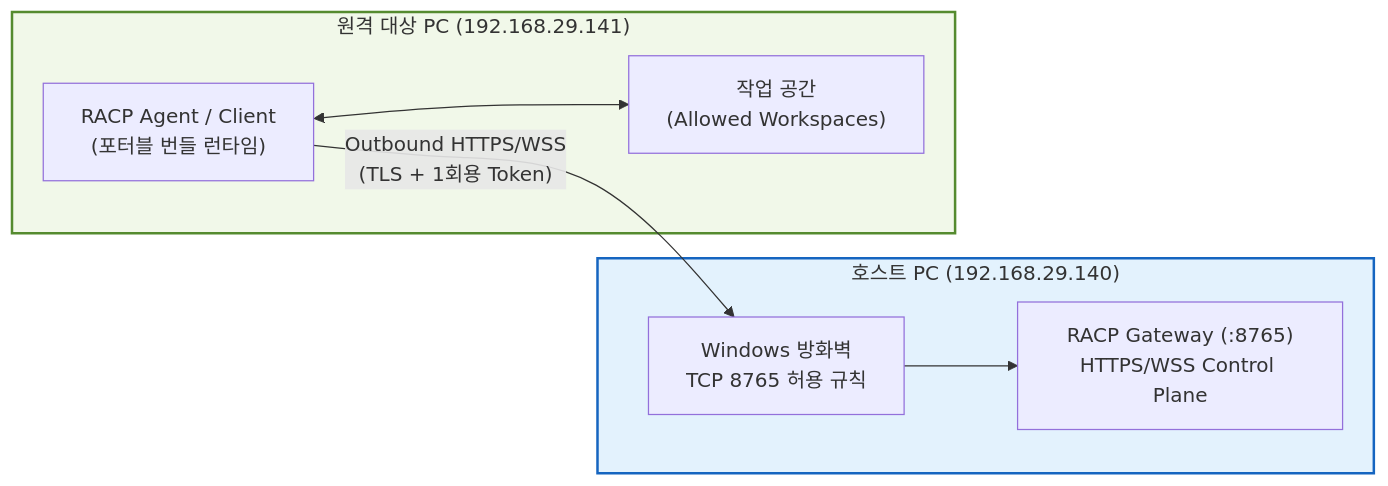
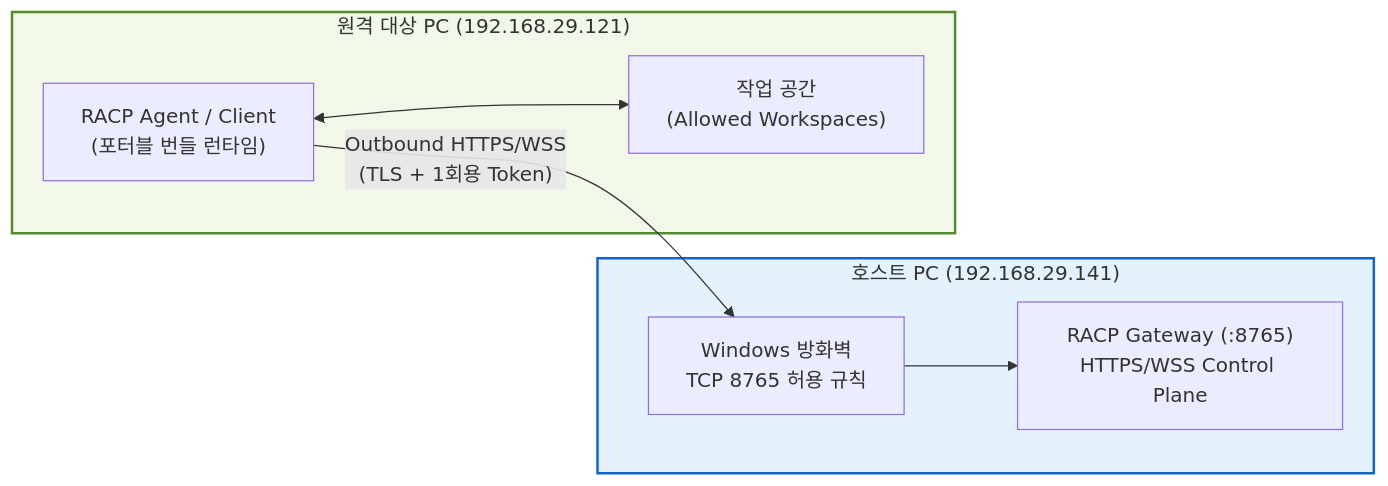
The diagram in docs/guides/two-pc-lab-guide.md (tlsdbcjs/Remote-Desktop-Commander), drawn with Mermaid before and after one commit. The commit also changed other lines of this file and 241 other files, not shown here.

````diff
--- a/docs/guides/two-pc-lab-guide.md
+++ b/docs/guides/two-pc-lab-guide.md
@@ -28,21 +31,21 @@
 ```mermaid
 flowchart LR
-    subgraph HostPC ["호스트 PC (192.168.29.140)"]
+    subgraph HostPC ["호스트 PC (192.168.29.141)"]
         GW["RACP Gateway (:8765)<br/>HTTPS/WSS Control Plane"]
         FW["Windows 방화벽<br/>TCP 8765 허용 규칙"]
         FW --> GW
     end
 
-    subgraph RemotePC ["원격 대상 PC (192.168.29.141)"]
+    subgraph RemotePC ["원격 대상 PC (192.168.29.121)"]
         Agent["RACP Agent / Client<br/>(포터블 번들 런타임)"]
         Work["작업 공간<br/>(Allowed Workspaces)"]
         Agent <--> Work
     end
 
     Agent -->|"Outbound HTTPS/WSS<br/>(TLS + 1회용 Token)"| FW
 
     classDef host fill:#e3f2fd,stroke:#1565c0,stroke-width:2px;
     classDef remote fill:#f1f8e9,stroke:#558b2f,stroke-width:2px;
     class HostPC host;
     class RemotePC remote;
 ```
````
